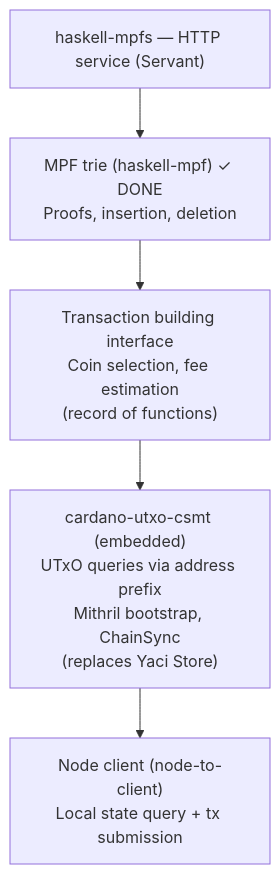
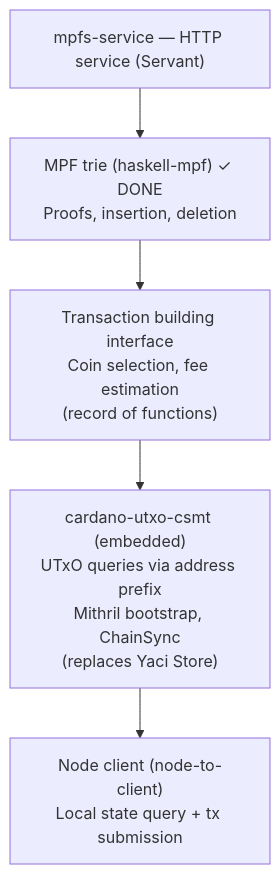
The first of 4 diagrams in PLAN.md (paolino/haskell-mpf), drawn with Mermaid before and after one commit. The commit also changed other lines of this file and 7 other files, not shown here.

First line of the commit message:
refactor: rename haskell-mpfs package to merkle-patricia-forestry

````diff
--- a/PLAN.md
+++ b/PLAN.md
@@ -21,10 +21,10 @@
 ```mermaid
 flowchart TD
-    http["haskell-mpfs — HTTP service (Servant)"]
+    http["mpfs-service — HTTP service (Servant)"]
     mpf["MPF trie (haskell-mpf) ✓ DONE\nProofs, insertion, deletion"]
     txb["Transaction building interface\nCoin selection, fee estimation\n(record of functions)"]
     csmt["cardano-utxo-csmt (embedded)\nUTxO queries via address prefix\nMithril bootstrap, ChainSync\n(replaces Yaci Store)"]
     node["Node client (node-to-client)\nLocal state query + tx submission"]
 
     http --> mpf --> txb --> csmt --> node
 ```
````
